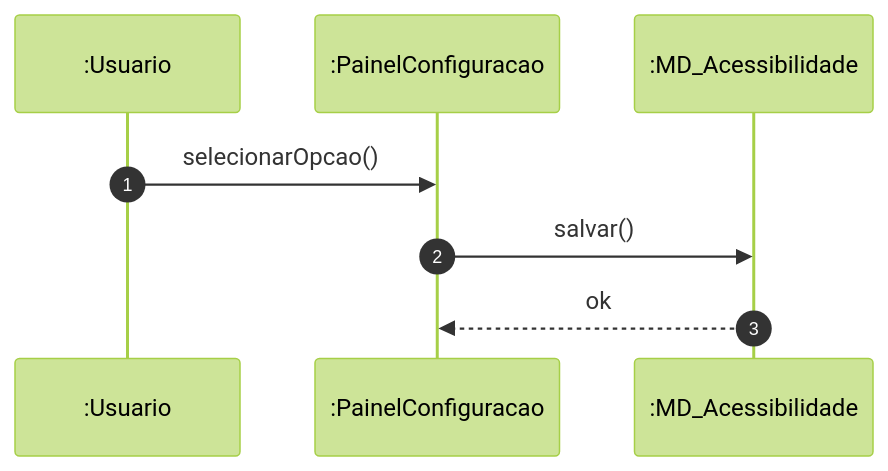
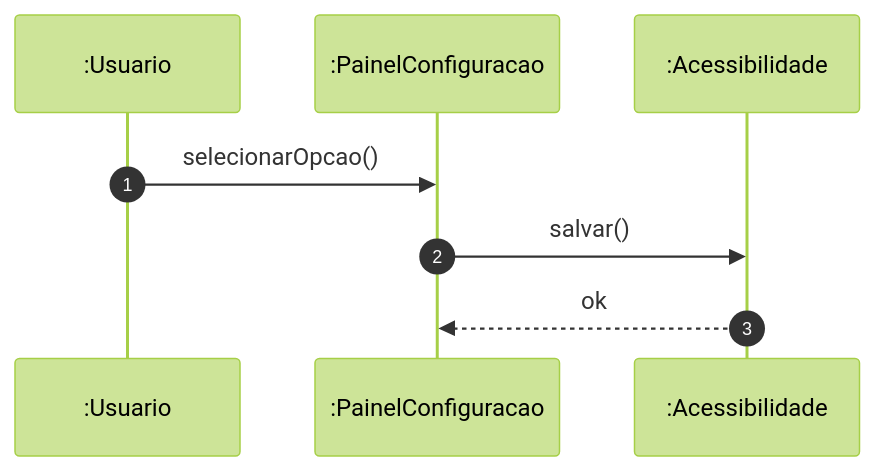
The second of 2 diagrams in PIM_III/02_Modelagem_UML_Astah/UC15_Ajustar_Acessibilidade/README.md (MayconDIS/PIM_III-Documentacao_UML), drawn with Mermaid (forest theme) before and after one commit. The commit also changed other lines of this file and 86 other files, not shown here.

Commit message:
docs(uml): add comprehensive UML diagrams and tutorials for all 15 use cases

````diff
--- a/PIM_III/02_Modelagem_UML_Astah/UC15_Ajustar_Acessibilidade/README.md
+++ b/PIM_III/02_Modelagem_UML_Astah/UC15_Ajustar_Acessibilidade/README.md
@@ -50,10 +50,10 @@
 ```mermaid
 sequenceDiagram
     autonumber
     participant U as :Usuario
     participant P as :PainelConfiguracao
-    participant A as :MD_Acessibilidade
+    participant A as :Acessibilidade
     U->>P: selecionarOpcao()
     P->>A: salvar()
     A-->>P: ok
 ```
````
